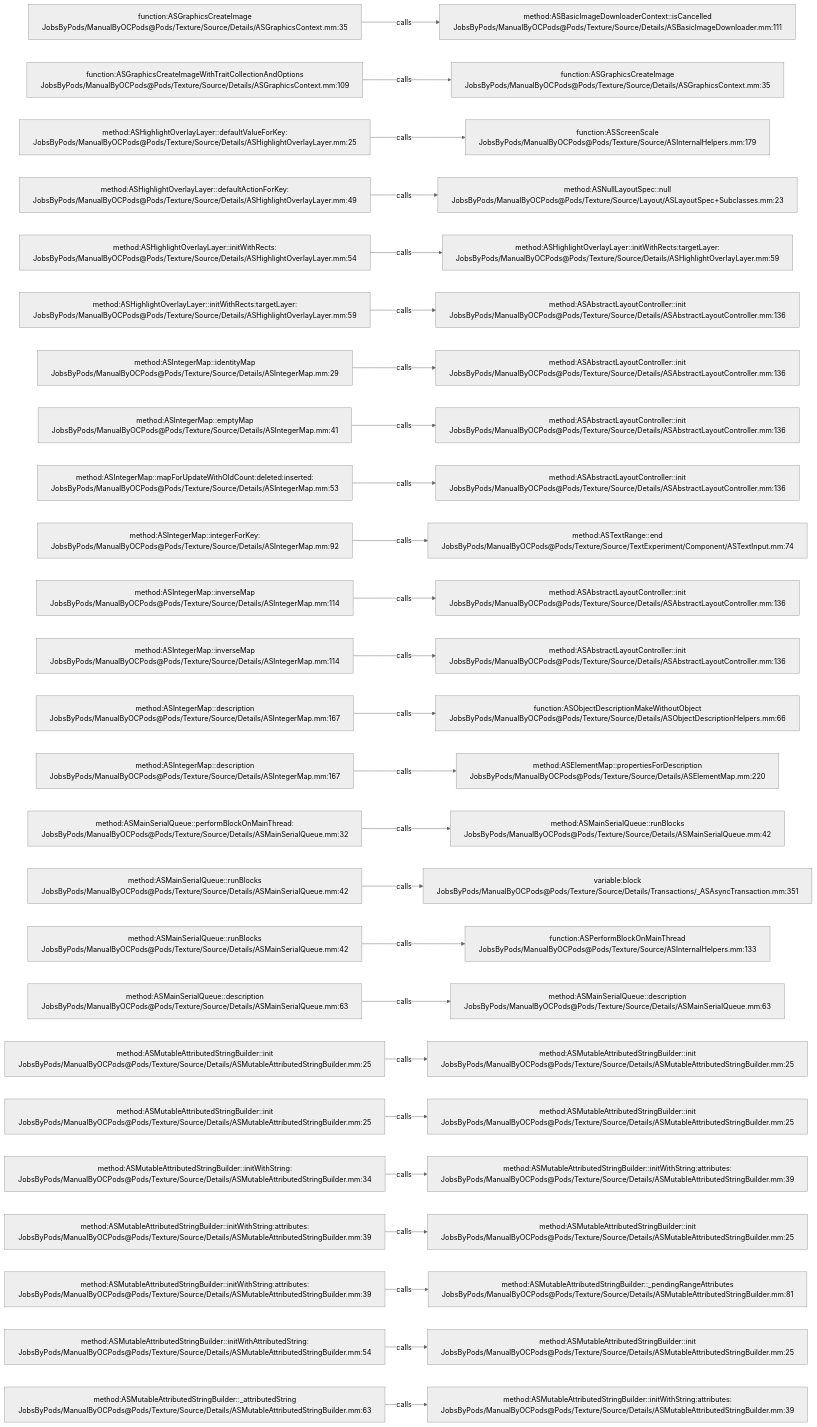
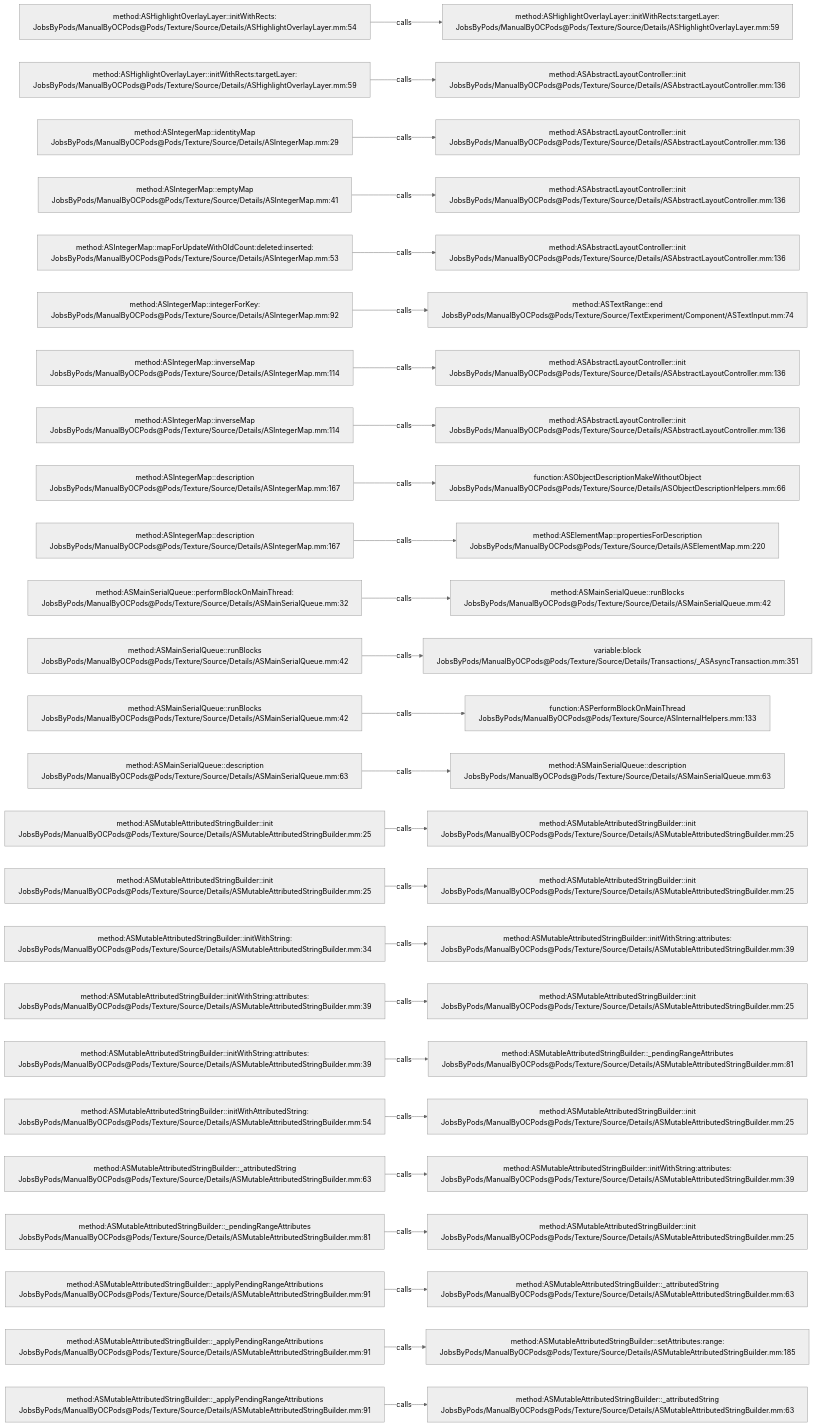
One commit to JobsKits/JobsOCBaseConfigDemo changed the diagram in .codegraph/codegraph.md/graphs/calls-156.md. Above: the diagram before and after it, drawn with Mermaid (neutral theme). The commit also changed 727 other files, not shown here.

````diff
--- a/.codegraph/codegraph.md/graphs/calls-156.md
+++ b/.codegraph/codegraph.md/graphs/calls-156.md
@@ -13,78 +13,78 @@
 ```mermaid
 flowchart LR
-  S1["function:ASGraphicsCreateImage<br/>JobsByPods/ManualByOCPods@Pods/Texture/Source/Details/ASGraphicsContext.mm:35"]
-  T1["method:ASBasicImageDownloaderContext::isCancelled<br/>JobsByPods/ManualByOCPods@Pods/Texture/Source/Details/ASBasicImageDownloader.mm:111"]
+  S1["method:ASHighlightOverlayLayer::initWithRects:<br/>JobsByPods/ManualByOCPods@Pods/Texture/Source/Details/ASHighlightOverlayLayer.mm:54"]
+  T1["method:ASHighlightOverlayLayer::initWithRects:targetLayer:<br/>JobsByPods/ManualByOCPods@Pods/Texture/Source/Details/ASHighlightOverlayLayer.mm:59"]
   S1 -->|calls| T1
-  S2["function:ASGraphicsCreateImageWithTraitCollectionAndOptions<br/>JobsByPods/ManualByOCPods@Pods/Texture/Source/Details/ASGraphicsContext.mm:109"]
-  T2["function:ASGraphicsCreateImage<br/>JobsByPods/ManualByOCPods@Pods/Texture/Source/Details/ASGraphicsContext.mm:35"]
+  S2["method:ASHighlightOverlayLayer::initWithRects:targetLayer:<br/>JobsByPods/ManualByOCPods@Pods/Texture/Source/Details/ASHighlightOverlayLayer.mm:59"]
+  T2["method:ASAbstractLayoutController::init<br/>JobsByPods/ManualByOCPods@Pods/Texture/Source/Details/ASAbstractLayoutController.mm:136"]
   S2 -->|calls| T2
-  S3["method:ASHighlightOverlayLayer::defaultValueForKey:<br/>JobsByPods/ManualByOCPods@Pods/Texture/Source/Details/ASHighlightOverlayLayer.mm:25"]
-  T3["function:ASScreenScale<br/>JobsByPods/ManualByOCPods@Pods/Texture/Source/ASInternalHelpers.mm:179"]
+  S3["method:ASIntegerMap::identityMap<br/>JobsByPods/ManualByOCPods@Pods/Texture/Source/Details/ASIntegerMap.mm:29"]
+  T3["method:ASAbstractLayoutController::init<br/>JobsByPods/ManualByOCPods@Pods/Texture/Source/Details/ASAbstractLayoutController.mm:136"]
   S3 -->|calls| T3
-  S4["method:ASHighlightOverlayLayer::defaultActionForKey:<br/>JobsByPods/ManualByOCPods@Pods/Texture/Source/Details/ASHighlightOverlayLayer.mm:49"]
-  T4["method:ASNullLayoutSpec::null<br/>JobsByPods/ManualByOCPods@Pods/Texture/Source/Layout/ASLayoutSpec+Subclasses.mm:23"]
+  S4["method:ASIntegerMap::emptyMap<br/>JobsByPods/ManualByOCPods@Pods/Texture/Source/Details/ASIntegerMap.mm:41"]
+  T4["method:ASAbstractLayoutController::init<br/>JobsByPods/ManualByOCPods@Pods/Texture/Source/Details/ASAbstractLayoutController.mm:136"]
   S4 -->|calls| T4
-  S5["method:ASHighlightOverlayLayer::initWithRects:<br/>JobsByPods/ManualByOCPods@Pods/Texture/Source/Details/ASHighlightOverlayLayer.mm:54"]
-  T5["method:ASHighlightOverlayLayer::initWithRects:targetLayer:<br/>JobsByPods/ManualByOCPods@Pods/Texture/Source/Details/ASHighlightOverlayLayer.mm:59"]
+  S5["method:ASIntegerMap::mapForUpdateWithOldCount:deleted:inserted:<br/>JobsByPods/ManualByOCPods@Pods/Texture/Source/Details/ASIntegerMap.mm:53"]
+  T5["method:ASAbstractLayoutController::init<br/>JobsByPods/ManualByOCPods@Pods/Texture/Source/Details/ASAbstractLayoutController.mm:136"]
   S5 -->|calls| T5
-  S6["method:ASHighlightOverlayLayer::initWithRects:targetLayer:<br/>JobsByPods/ManualByOCPods@Pods/Texture/Source/Details/ASHighlightOverlayLayer.mm:59"]
-  T6["method:ASAbstractLayoutController::init<br/>JobsByPods/ManualByOCPods@Pods/Texture/Source/Details/ASAbstractLayoutController.mm:136"]
+  S6["method:ASIntegerMap::integerForKey:<br/>JobsByPods/ManualByOCPods@Pods/Texture/Source/Details/ASIntegerMap.mm:92"]
+  T6["method:ASTextRange::end<br/>JobsByPods/ManualByOCPods@Pods/Texture/Source/TextExperiment/Component/ASTextInput.mm:74"]
   S6 -->|calls| T6
-  S7["method:ASIntegerMap::identityMap<br/>JobsByPods/ManualByOCPods@Pods/Texture/Source/Details/ASIntegerMap.mm:29"]
+  S7["method:ASIntegerMap::inverseMap<br/>JobsByPods/ManualByOCPods@Pods/Texture/Source/Details/ASIntegerMap.mm:114"]
   T7["method:ASAbstractLayoutController::init<br/>JobsByPods/ManualByOCPods@Pods/Texture/Source/Details/ASAbstractLayoutController.mm:136"]
   S7 -->|calls| T7
-  S8["method:ASIntegerMap::emptyMap<br/>JobsByPods/ManualByOCPods@Pods/Texture/Source/Details/ASIntegerMap.mm:41"]
+  S8["method:ASIntegerMap::inverseMap<br/>JobsByPods/ManualByOCPods@Pods/Texture/Source/Details/ASIntegerMap.mm:114"]
   T8["method:ASAbstractLayoutController::init<br/>JobsByPods/ManualByOCPods@Pods/Texture/Source/Details/ASAbstractLayoutController.mm:136"]
   S8 -->|calls| T8
-  S9["method:ASIntegerMap::mapForUpdateWithOldCount:deleted:inserted:<br/>JobsByPods/ManualByOCPods@Pods/Texture/Source/Details/ASIntegerMap.mm:53"]
-  T9["method:ASAbstractLayoutController::init<br/>JobsByPods/ManualByOCPods@Pods/Texture/Source/Details/ASAbstractLayoutController.mm:136"]
+  S9["method:ASIntegerMap::description<br/>JobsByPods/ManualByOCPods@Pods/Texture/Source/Details/ASIntegerMap.mm:167"]
+  T9["function:ASObjectDescriptionMakeWithoutObject<br/>JobsByPods/ManualByOCPods@Pods/Texture/Source/Details/ASObjectDescriptionHelpers.mm:66"]
   S9 -->|calls| T9
-  S10["method:ASIntegerMap::integerForKey:<br/>JobsByPods/ManualByOCPods@Pods/Texture/Source/Details/ASIntegerMap.mm:92"]
-  T10["method:ASTextRange::end<br/>JobsByPods/ManualByOCPods@Pods/Texture/Source/TextExperiment/Component/ASTextInput.mm:74"]
+  S10["method:ASIntegerMap::description<br/>JobsByPods/ManualByOCPods@Pods/Texture/Source/Details/ASIntegerMap.mm:167"]
+  T10["method:ASElementMap::propertiesForDescription<br/>JobsByPods/ManualByOCPods@Pods/Texture/Source/Details/ASElementMap.mm:220"]
   S10 -->|calls| T10
-  S11["method:ASIntegerMap::inverseMap<br/>JobsByPods/ManualByOCPods@Pods/Texture/Source/Details/ASIntegerMap.mm:114"]
-  T11["method:ASAbstractLayoutController::init<br/>JobsByPods/ManualByOCPods@Pods/Texture/Source/Details/ASAbstractLayoutController.mm:136"]
+  S11["method:ASMainSerialQueue::performBlockOnMainThread:<br/>JobsByPods/ManualByOCPods@Pods/Texture/Source/Details/ASMainSerialQueue.mm:32"]
+  T11["method:ASMainSerialQueue::runBlocks<br/>JobsByPods/ManualByOCPods@Pods/Texture/Source/Details/ASMainSerialQueue.mm:42"]
   S11 -->|calls| T11
-  S12["method:ASIntegerMap::inverseMap<br/>JobsByPods/ManualByOCPods@Pods/Texture/Source/Details/ASIntegerMap.mm:114"]
-  T12["method:ASAbstractLayoutController::init<br/>JobsByPods/ManualByOCPods@Pods/Texture/Source/Details/ASAbstractLayoutController.mm:136"]
+  S12["method:ASMainSerialQueue::runBlocks<br/>JobsByPods/ManualByOCPods@Pods/Texture/Source/Details/ASMainSerialQueue.mm:42"]
+  T12["variable:block<br/>JobsByPods/ManualByOCPods@Pods/Texture/Source/Details/Transactions/_ASAsyncTransaction.mm:351"]
   S12 -->|calls| T12
-  S13["method:ASIntegerMap::description<br/>JobsByPods/ManualByOCPods@Pods/Texture/Source/Details/ASIntegerMap.mm:167"]
-  T13["function:ASObjectDescriptionMakeWithoutObject<br/>JobsByPods/ManualByOCPods@Pods/Texture/Source/Details/ASObjectDescriptionHelpers.mm:66"]
+  S13["method:ASMainSerialQueue::runBlocks<br/>JobsByPods/ManualByOCPods@Pods/Texture/Source/Details/ASMainSerialQueue.mm:42"]
+  T13["function:ASPerformBlockOnMainThread<br/>JobsByPods/ManualByOCPods@Pods/Texture/Source/ASInternalHelpers.mm:133"]
   S13 -->|calls| T13
-  S14["method:ASIntegerMap::description<br/>JobsByPods/ManualByOCPods@Pods/Texture/Source/Details/ASIntegerMap.mm:167"]
-  T14["method:ASElementMap::propertiesForDescription<br/>JobsByPods/ManualByOCPods@Pods/Texture/Source/Details/ASElementMap.mm:220"]
+  S14["method:ASMainSerialQueue::description<br/>JobsByPods/ManualByOCPods@Pods/Texture/Source/Details/ASMainSerialQueue.mm:63"]
+  T14["method:ASMainSerialQueue::description<br/>JobsByPods/ManualByOCPods@Pods/Texture/Source/Details/ASMainSerialQueue.mm:63"]
   S14 -->|calls| T14
-  S15["method:ASMainSerialQueue::performBlockOnMainThread:<br/>JobsByPods/ManualByOCPods@Pods/Texture/Source/Details/ASMainSerialQueue.mm:32"]
-  T15["method:ASMainSerialQueue::runBlocks<br/>JobsByPods/ManualByOCPods@Pods/Texture/Source/Details/ASMainSerialQueue.mm:42"]
+  S15["method:ASMutableAttributedStringBuilder::init<br/>JobsByPods/ManualByOCPods@Pods/Texture/Source/Details/ASMutableAttributedStringBuilder.mm:25"]
+  T15["method:ASMutableAttributedStringBuilder::init<br/>JobsByPods/ManualByOCPods@Pods/Texture/Source/Details/ASMutableAttributedStringBuilder.mm:25"]
   S15 -->|calls| T15
-  S16["method:ASMainSerialQueue::runBlocks<br/>JobsByPods/ManualByOCPods@Pods/Texture/Source/Details/ASMainSerialQueue.mm:42"]
-  T16["variable:block<br/>JobsByPods/ManualByOCPods@Pods/Texture/Source/Details/Transactions/_ASAsyncTransaction.mm:351"]
+  S16["method:ASMutableAttributedStringBuilder::init<br/>JobsByPods/ManualByOCPods@Pods/Texture/Source/Details/ASMutableAttributedStringBuilder.mm:25"]
+  T16["method:ASMutableAttributedStringBuilder::init<br/>JobsByPods/ManualByOCPods@Pods/Texture/Source/Details/ASMutableAttributedStringBuilder.mm:25"]
   S16 -->|calls| T16
-  S17["method:ASMainSerialQueue::runBlocks<br/>JobsByPods/ManualByOCPods@Pods/Texture/Source/Details/ASMainSerialQueue.mm:42"]
-  T17["function:ASPerformBlockOnMainThread<br/>JobsByPods/ManualByOCPods@Pods/Texture/Source/ASInternalHelpers.mm:133"]
+  S17["method:ASMutableAttributedStringBuilder::initWithString:<br/>JobsByPods/ManualByOCPods@Pods/Texture/Source/Details/ASMutableAttributedStringBuilder.mm:34"]
+  T17["method:ASMutableAttributedStringBuilder::initWithString:attributes:<br/>JobsByPods/ManualByOCPods@Pods/Texture/Source/Details/ASMutableAttributedStringBuilder.mm:39"]
   S17 -->|calls| T17
-  S18["method:ASMainSerialQueue::description<br/>JobsByPods/ManualByOCPods@Pods/Texture/Source/Details/ASMainSerialQueue.mm:63"]
-  T18["method:ASMainSerialQueue::description<br/>JobsByPods/ManualByOCPods@Pods/Texture/Source/Details/ASMainSerialQueue.mm:63"]
+  S18["method:ASMutableAttributedStringBuilder::initWithString:attributes:<br/>JobsByPods/ManualByOCPods@Pods/Texture/Source/Details/ASMutableAttributedStringBuilder.mm:39"]
+  T18["method:ASMutableAttributedStringBuilder::init<br/>JobsByPods/ManualByOCPods@Pods/Texture/Source/Details/ASMutableAttributedStringBuilder.mm:25"]
   S18 -->|calls| T18
-  S19["method:ASMutableAttributedStringBuilder::init<br/>JobsByPods/ManualByOCPods@Pods/Texture/Source/Details/ASMutableAttributedStringBuilder.mm:25"]
-  T19["method:ASMutableAttributedStringBuilder::init<br/>JobsByPods/ManualByOCPods@Pods/Texture/Source/Details/ASMutableAttributedStringBuilder.mm:25"]
+  S19["method:ASMutableAttributedStringBuilder::initWithString:attributes:<br/>JobsByPods/ManualByOCPods@Pods/Texture/Source/Details/ASMutableAttributedStringBuilder.mm:39"]
+  T19["method:ASMutableAttributedStringBuilder::_pendingRangeAttributes<br/>JobsByPods/ManualByOCPods@Pods/Texture/Source/Details/ASMutableAttributedStringBuilder.mm:81"]
   S19 -->|calls| T19
-  S20["method:ASMutableAttributedStringBuilder::init<br/>JobsByPods/ManualByOCPods@Pods/Texture/Source/Details/ASMutableAttributedStringBuilder.mm:25"]
+  S20["method:ASMutableAttributedStringBuilder::initWithAttributedString:<br/>JobsByPods/ManualByOCPods@Pods/Texture/Source/Details/ASMutableAttributedStringBuilder.mm:54"]
   T20["method:ASMutableAttributedStringBuilder::init<br/>JobsByPods/ManualByOCPods@Pods/Texture/Source/Details/ASMutableAttributedStringBuilder.mm:25"]
   S20 -->|calls| T20
-  S21["method:ASMutableAttributedStringBuilder::initWithString:<br/>JobsByPods/ManualByOCPods@Pods/Texture/Source/Details/ASMutableAttributedStringBuilder.mm:34"]
+  S21["method:ASMutableAttributedStringBuilder::_attributedString<br/>JobsByPods/ManualByOCPods@Pods/Texture/Source/Details/ASMutableAttributedStringBuilder.mm:63"]
   T21["method:ASMutableAttributedStringBuilder::initWithString:attributes:<br/>JobsByPods/ManualByOCPods@Pods/Texture/Source/Details/ASMutableAttributedStringBuilder.mm:39"]
   S21 -->|calls| T21
-  S22["method:ASMutableAttributedStringBuilder::initWithString:attributes:<br/>JobsByPods/ManualByOCPods@Pods/Texture/Source/Details/ASMutableAttributedStringBuilder.mm:39"]
+  S22["method:ASMutableAttributedStringBuilder::_pendingRangeAttributes<br/>JobsByPods/ManualByOCPods@Pods/Texture/Source/Details/ASMutableAttributedStringBuilder.mm:81"]
   T22["method:ASMutableAttributedStringBuilder::init<br/>JobsByPods/ManualByOCPods@Pods/Texture/Source/Details/ASMutableAttributedStringBuilder.mm:25"]
   S22 -->|calls| T22
-  S23["method:ASMutableAttributedStringBuilder::initWithString:attributes:<br/>JobsByPods/ManualByOCPods@Pods/Texture/Source/Details/ASMutableAttributedStringBuilder.mm:39"]
-  T23["method:ASMutableAttributedStringBuilder::_pendingRangeAttributes<br/>JobsByPods/ManualByOCPods@Pods/Texture/Source/Details/ASMutableAttributedStringBuilder.mm:81"]
+  S23["method:ASMutableAttributedStringBuilder::_applyPendingRangeAttributions<br/>JobsByPods/ManualByOCPods@Pods/Texture/Source/Details/ASMutableAttributedStringBuilder.mm:91"]
+  T23["method:ASMutableAttributedStringBuilder::_attributedString<br/>JobsByPods/ManualByOCPods@Pods/Texture/Source/Details/ASMutableAttributedStringBuilder.mm:63"]
   S23 -->|calls| T23
-  S24["method:ASMutableAttributedStringBuilder::initWithAttributedString:<br/>JobsByPods/ManualByOCPods@Pods/Texture/Source/Details/ASMutableAttributedStringBuilder.mm:54"]
-  T24["method:ASMutableAttributedStringBuilder::init<br/>JobsByPods/ManualByOCPods@Pods/Texture/Source/Details/ASMutableAttributedStringBuilder.mm:25"]
+  S24["method:ASMutableAttributedStringBuilder::_applyPendingRangeAttributions<br/>JobsByPods/ManualByOCPods@Pods/Texture/Source/Details/ASMutableAttributedStringBuilder.mm:91"]
+  T24["method:ASMutableAttributedStringBuilder::setAttributes:range:<br/>JobsByPods/ManualByOCPods@Pods/Texture/Source/Details/ASMutableAttributedStringBuilder.mm:185"]
   S24 -->|calls| T24
-  S25["method:ASMutableAttributedStringBuilder::_attributedString<br/>JobsByPods/ManualByOCPods@Pods/Texture/Source/Details/ASMutableAttributedStringBuilder.mm:63"]
-  T25["method:ASMutableAttributedStringBuilder::initWithString:attributes:<br/>JobsByPods/ManualByOCPods@Pods/Texture/Source/Details/ASMutableAttributedStringBuilder.mm:39"]
+  S25["method:ASMutableAttributedStringBuilder::_applyPendingRangeAttributions<br/>JobsByPods/ManualByOCPods@Pods/Texture/Source/Details/ASMutableAttributedStringBuilder.mm:91"]
+  T25["method:ASMutableAttributedStringBuilder::_attributedString<br/>JobsByPods/ManualByOCPods@Pods/Texture/Source/Details/ASMutableAttributedStringBuilder.mm:63"]
   S25 -->|calls| T25
 ```
````
